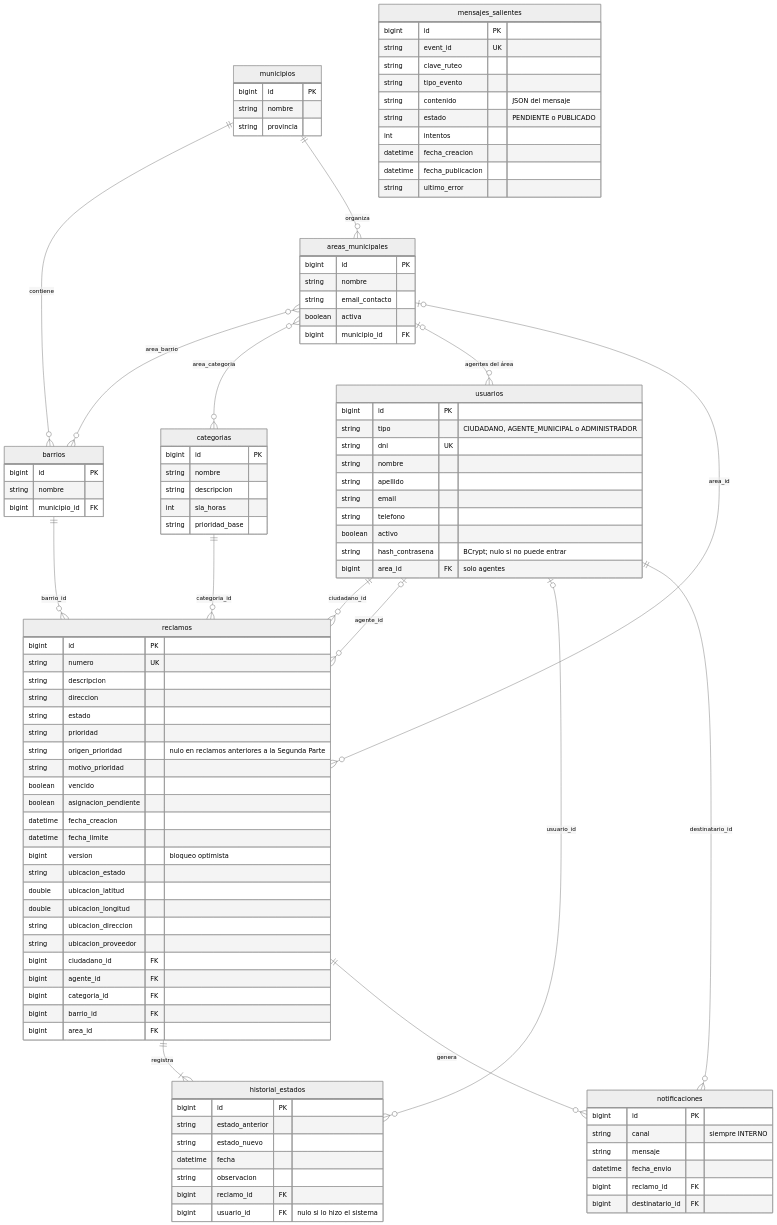
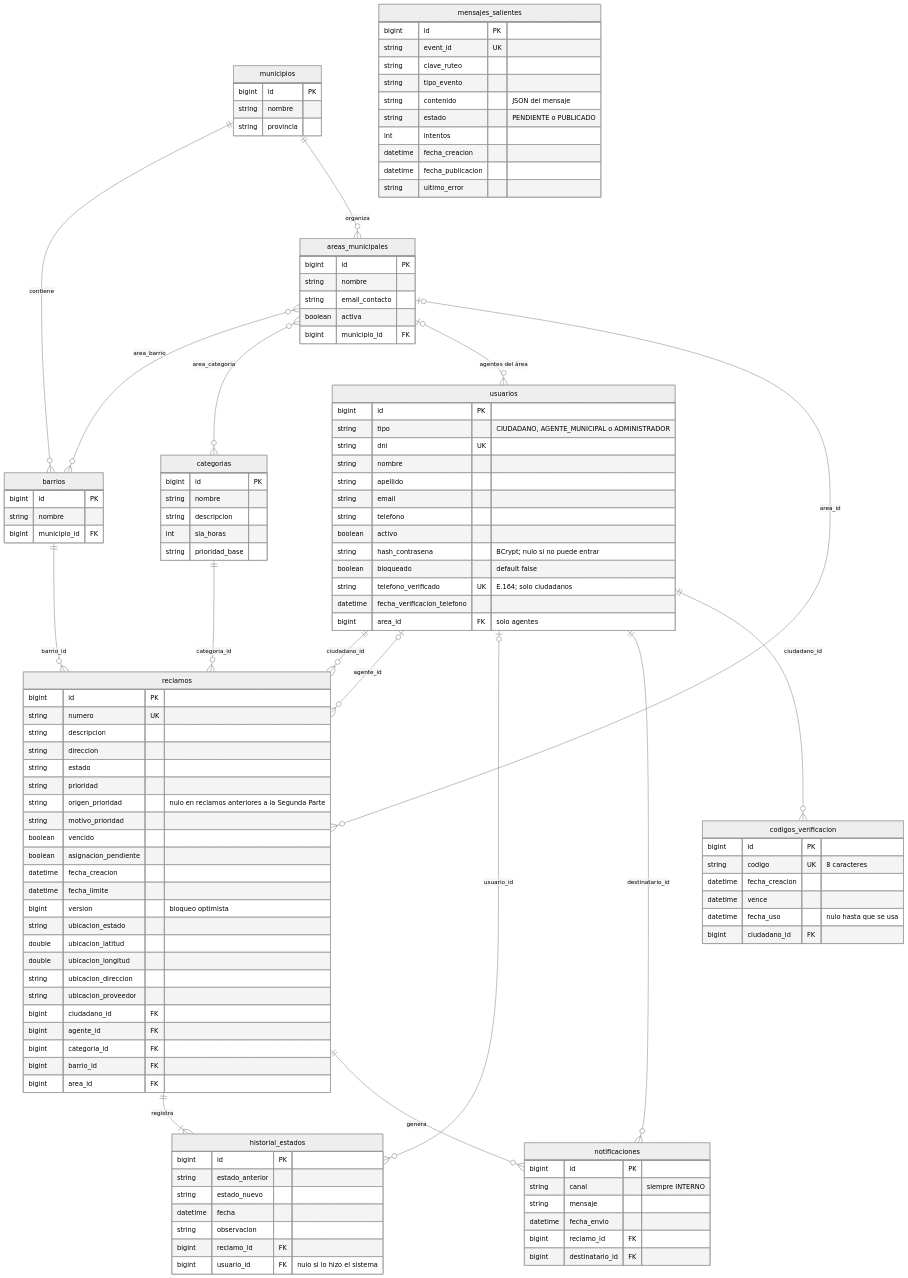
The second of 2 diagrams in docs/modelo-dominio.md (SanTegli/DesarrolloAppsIIGrupo10), drawn with Mermaid (neutral theme) before and after one commit. The commit also changed other lines of this file and 96 other files, not shown here.

First line of the commit message:
feat: agregar teléfono verificado por Telegram, límites de uso, bloqueo de cuentas y reaperturas con límite

```diff
--- a/docs/modelo-dominio.md
+++ b/docs/modelo-dominio.md
@@ -198,6 +231,7 @@
   usuarios |o--o{ historial_estados : "usuario_id"
   reclamos ||--o{ notificaciones : genera
   usuarios ||--o{ notificaciones : "destinatario_id"
+  usuarios ||--o{ codigos_verificacion : "ciudadano_id"
 
   usuarios {
     bigint id PK
@@ -209,6 +243,9 @@
     string telefono
     boolean activo
     string hash_contrasena "BCrypt; nulo si no puede entrar"
+    boolean bloqueado "default false"
+    string telefono_verificado UK "E.164; solo ciudadanos"
+    datetime fecha_verificacion_telefono
     bigint area_id FK "solo agentes"
   }
   municipios {
@@ -277,6 +314,14 @@
     bigint reclamo_id FK
     bigint destinatario_id FK
   }
+  codigos_verificacion {
+    bigint id PK
+    string codigo UK "8 caracteres"
+    datetime fecha_creacion
+    datetime vence
+    datetime fecha_uso "nulo hasta que se usa"
+    bigint ciudadano_id FK
+  }
   mensajes_salientes {
     bigint id PK
     string event_id UK
```
